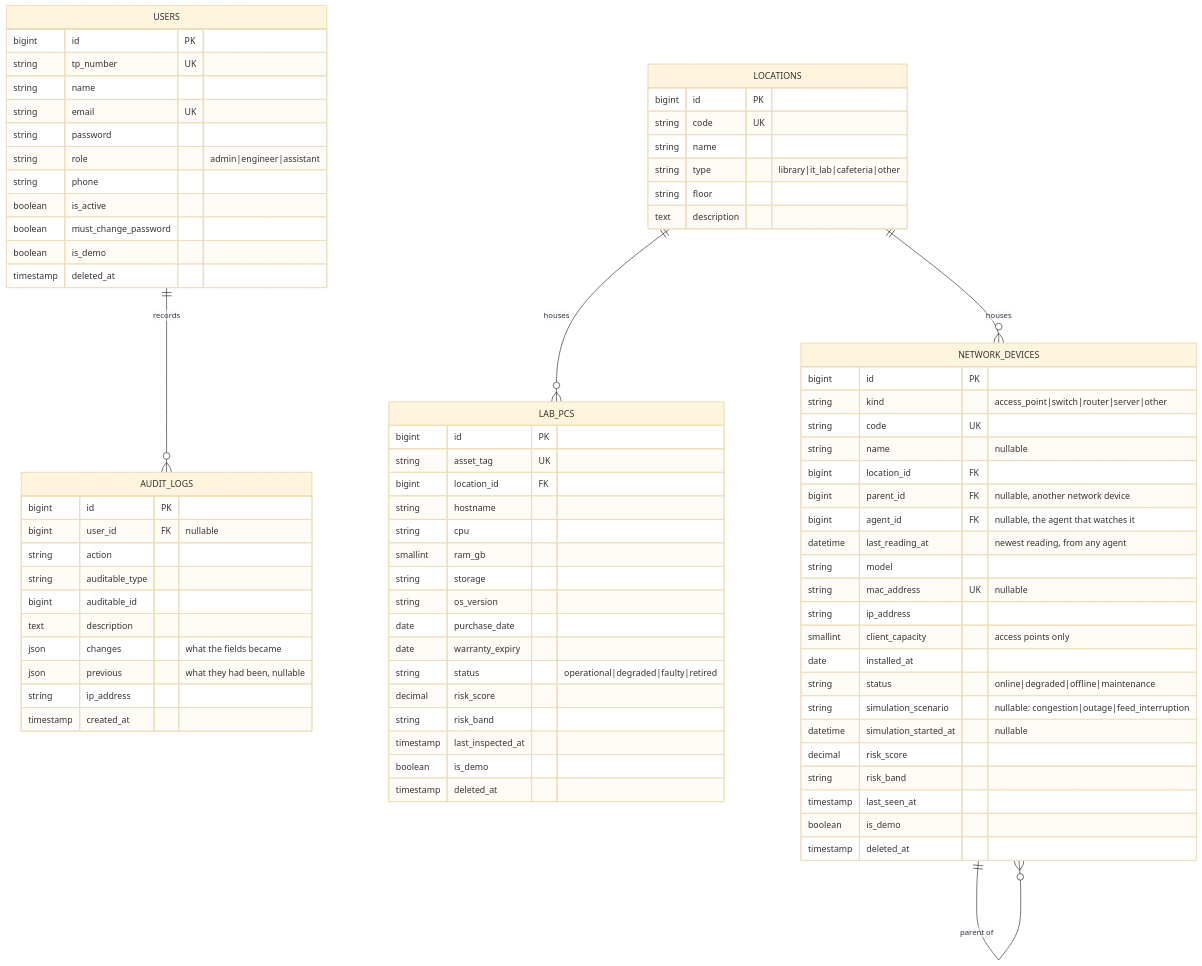
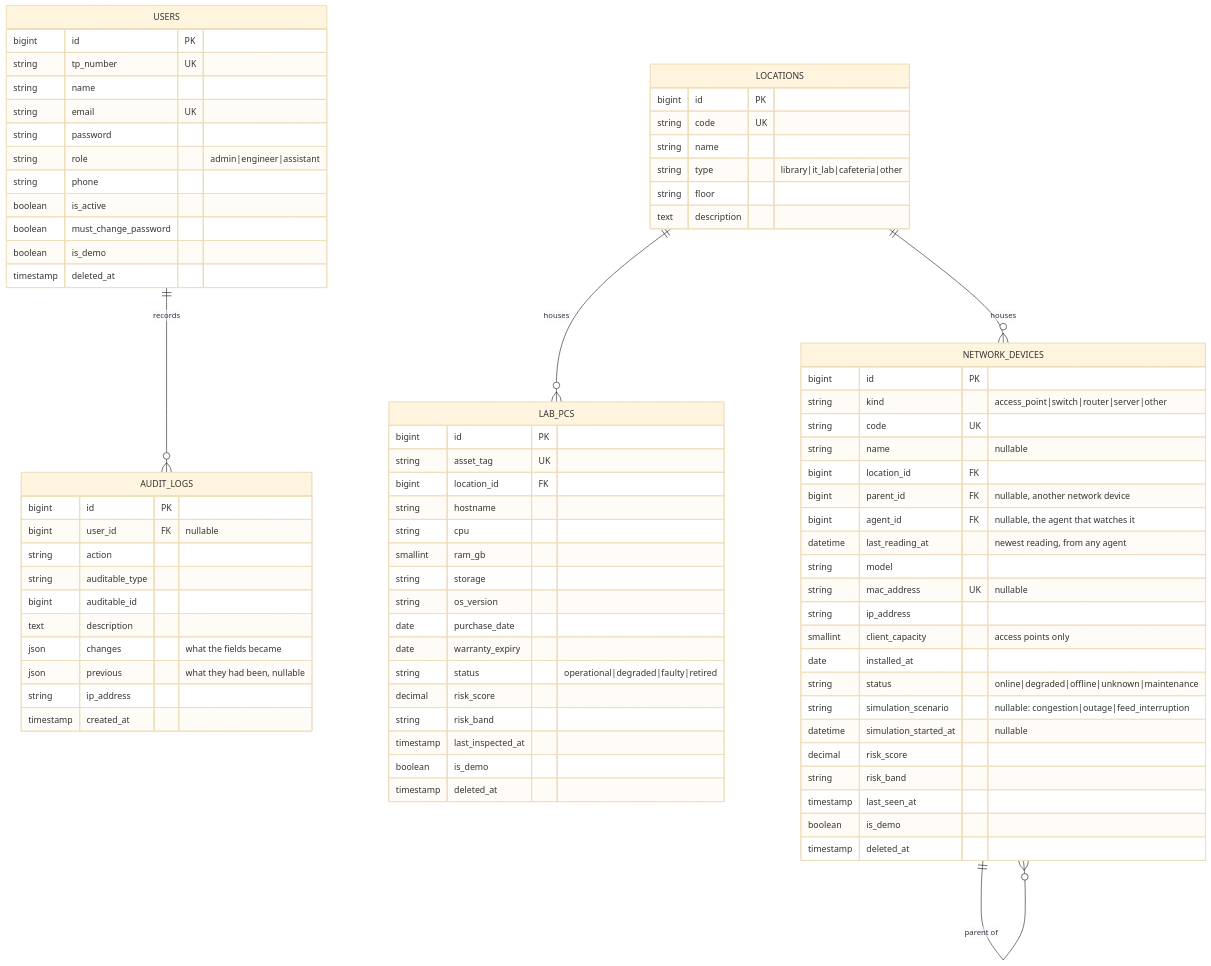
One commit to phone292025/atlas-netcare changed the first of 3 diagrams in docs/04-database.md. Above: the diagram before and after it, drawn with Mermaid (base theme). The commit also changed other lines of this file and 21 other files, not shown here.

````diff
--- a/docs/04-database.md
+++ b/docs/04-database.md
@@ -70,82 +70,82 @@
 ```mermaid
 erDiagram
     USERS ||--o{ AUDIT_LOGS : records
     LOCATIONS ||--o{ LAB_PCS : houses
     LOCATIONS ||--o{ NETWORK_DEVICES : houses
     NETWORK_DEVICES ||--o{ NETWORK_DEVICES : "parent of"
 
     USERS {
         bigint id PK
         string tp_number UK
         string name
         string email UK
         string password
         string role "admin|engineer|assistant"
         string phone
         boolean is_active
         boolean must_change_password
         boolean is_demo
         timestamp deleted_at
     }
     LOCATIONS {
         bigint id PK
         string code UK
         string name
         string type "library|it_lab|cafeteria|other"
         string floor
         text description
     }
     LAB_PCS {
         bigint id PK
         string asset_tag UK
         bigint location_id FK
         string hostname
         string cpu
         smallint ram_gb
         string storage
         string os_version
         date purchase_date
         date warranty_expiry
         string status "operational|degraded|faulty|retired"
         decimal risk_score
         string risk_band
         timestamp last_inspected_at
         boolean is_demo
         timestamp deleted_at
     }
     NETWORK_DEVICES {
         bigint id PK
         string kind "access_point|switch|router|server|other"
         string code UK
         string name "nullable"
         bigint location_id FK
         bigint parent_id FK "nullable, another network device"
         bigint agent_id FK "nullable, the agent that watches it"
         datetime last_reading_at "newest reading, from any agent"
         string model
         string mac_address UK "nullable"
         string ip_address
         smallint client_capacity "access points only"
         date installed_at
-        string status "online|degraded|offline|maintenance"
+        string status "online|degraded|offline|unknown|maintenance"
         string simulation_scenario "nullable: congestion|outage|feed_interruption"
         datetime simulation_started_at "nullable"
         decimal risk_score
         string risk_band
         timestamp last_seen_at
         boolean is_demo
         timestamp deleted_at
     }
     AUDIT_LOGS {
         bigint id PK
         bigint user_id FK "nullable"
         string action
         string auditable_type
         bigint auditable_id
         text description
         json changes "what the fields became"
         json previous "what they had been, nullable"
         string ip_address
         timestamp created_at
     }
 ```
````
